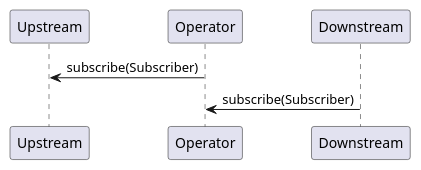
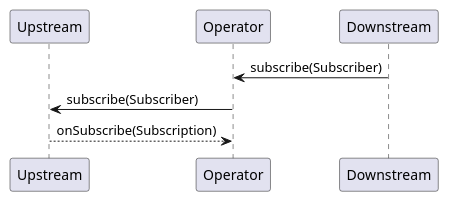
One commit to yanghoon/obsidian-workspace changed the second of 2 diagrams in _diary/2024-06-18.md. Above: the diagram before and after it, drawn with PlantUML.

Commit message:
vault backup: 2024-06-19 00:40:41

````diff
--- a/_diary/2024-06-18.md
+++ b/_diary/2024-06-18.md
@@ -39,12 +39,13 @@
 ```plantuml
 @startuml
 
 participant Upstream as Up
 participant Operator as Ops
 participant Downstream as Down
 
+Down -> Ops: subscribe(Subscriber)
 Ops -> Up: subscribe(Subscriber)
-Down -> Ops: subscribe(Subscriber)
+Ops <-- Up: onSubscribe(Subscription)
 
 @enduml
 ```
````
